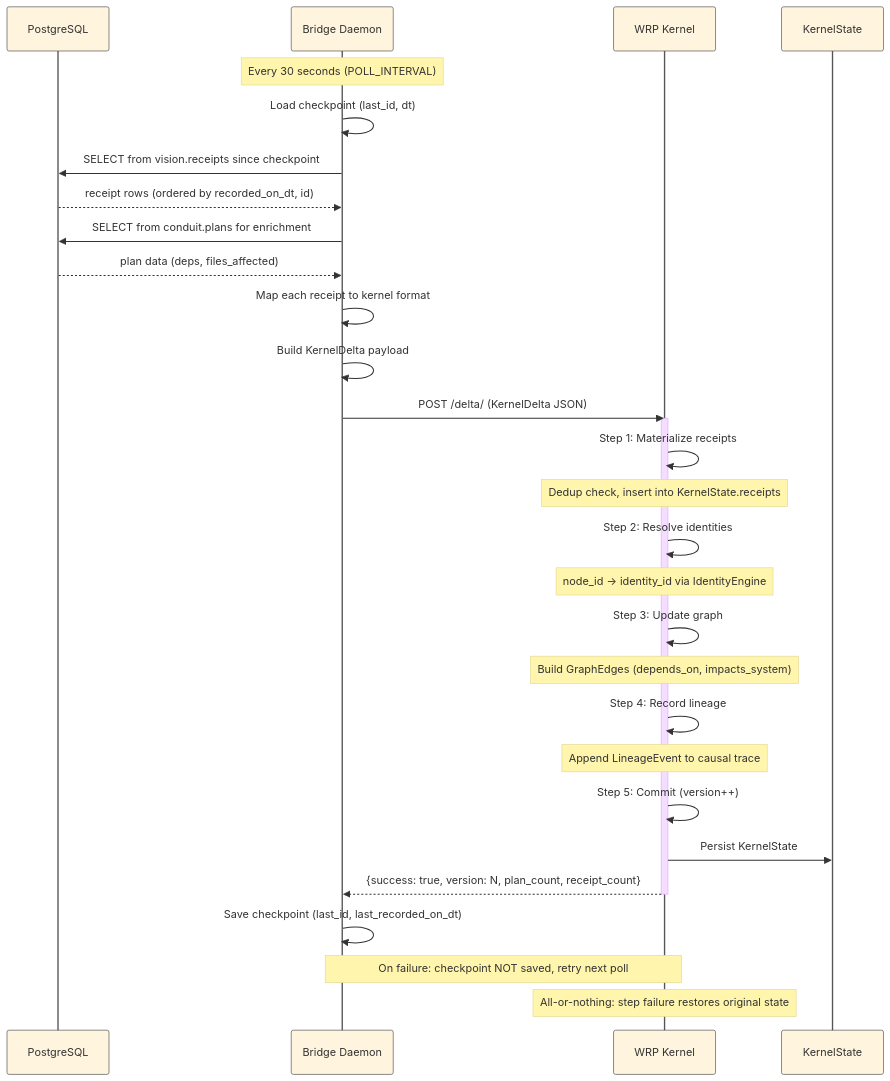
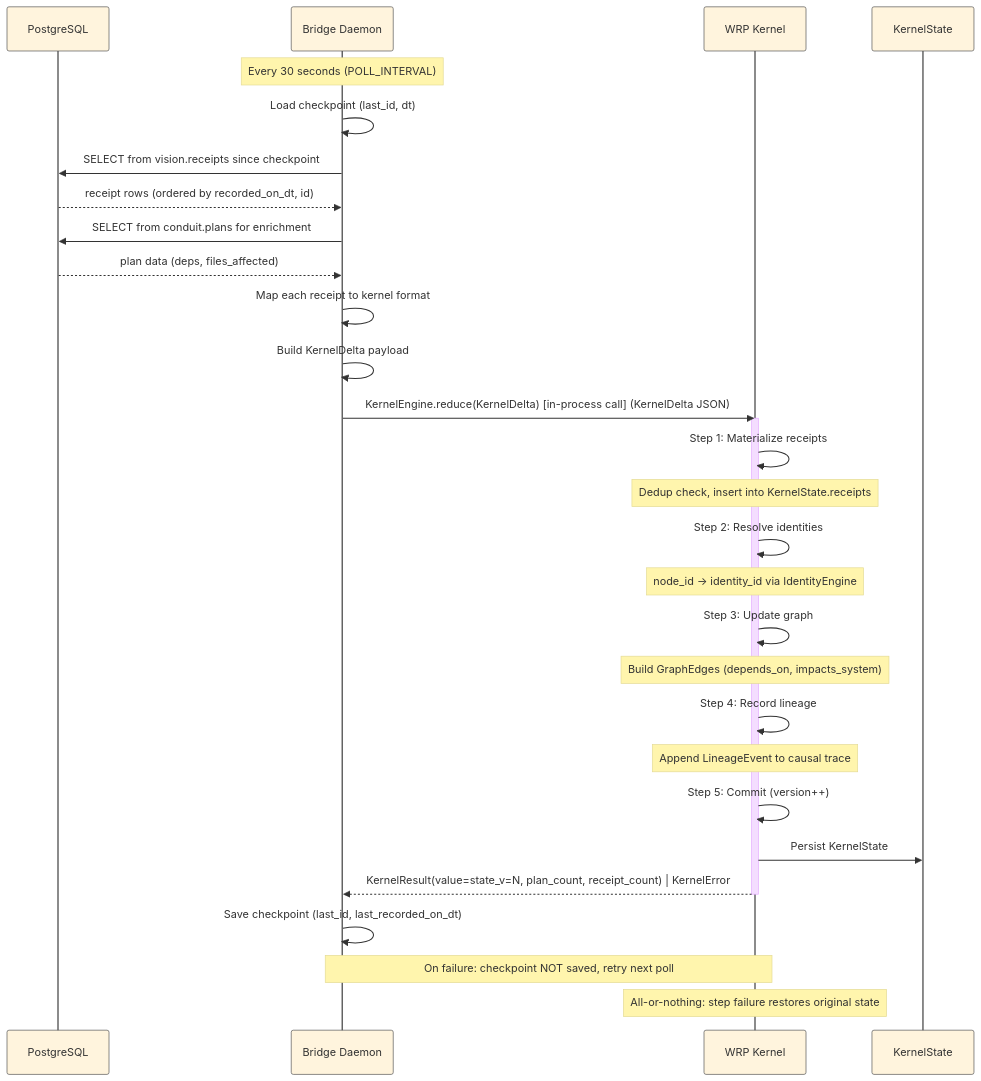
One commit to markpippins/Nexus changed the second of 3 diagrams in audit/WRP_PIPELINE_FLOW.md. Above: the diagram before and after it, drawn with Mermaid. The commit also changed other lines of this file and 4 other files, not shown here.

First line of the commit message:
docs(audit): wrp-kernel in-process architecture, reconciled topology and pipeline flow

````diff
--- a/audit/WRP_PIPELINE_FLOW.md
+++ b/audit/WRP_PIPELINE_FLOW.md
@@ -161,50 +161,50 @@
 ```mermaid
 %%{init: {'theme': 'base', 'themeVariables': {
   'fontSize': '12px',
   'primaryBorderColor': '#555'
 }}}%%
 
 sequenceDiagram
     participant PG as PostgreSQL
     participant BD as Bridge Daemon
     participant WK as WRP Kernel
     participant KS as KernelState
 
     Note over BD: Every 30 seconds (POLL_INTERVAL)
 
     BD->>BD: Load checkpoint (last_id, dt)
     BD->>PG: SELECT from vision.receipts since checkpoint
     PG-->>BD: receipt rows (ordered by recorded_on_dt, id)
 
     BD->>PG: SELECT from conduit.plans for enrichment
     PG-->>BD: plan data (deps, files_affected)
 
     BD->>BD: Map each receipt to kernel format
     BD->>BD: Build KernelDelta payload
 
-    BD->>WK: POST /delta/ (KernelDelta JSON)
+    BD->>WK: KernelEngine.reduce(KernelDelta) [in-process call] (KernelDelta JSON)
     activate WK
 
     WK->>WK: Step 1: Materialize receipts
     Note over WK: Dedup check, insert into KernelState.receipts
 
     WK->>WK: Step 2: Resolve identities
     Note over WK: node_id → identity_id via IdentityEngine
 
     WK->>WK: Step 3: Update graph
     Note over WK: Build GraphEdges (depends_on, impacts_system)
 
     WK->>WK: Step 4: Record lineage
     Note over WK: Append LineageEvent to causal trace
 
     WK->>WK: Step 5: Commit (version++)
     WK->>KS: Persist KernelState
 
-    WK-->>BD: {success: true, version: N, plan_count, receipt_count}
+    WK-->>BD: KernelResult(value=state_v=N, plan_count, receipt_count) | KernelError
     deactivate WK
 
     BD->>BD: Save checkpoint (last_id, last_recorded_on_dt)
 
     Note over BD,WK: On failure: checkpoint NOT saved, retry next poll
     Note over WK: All-or-nothing: step failure restores original state
 ```
````
